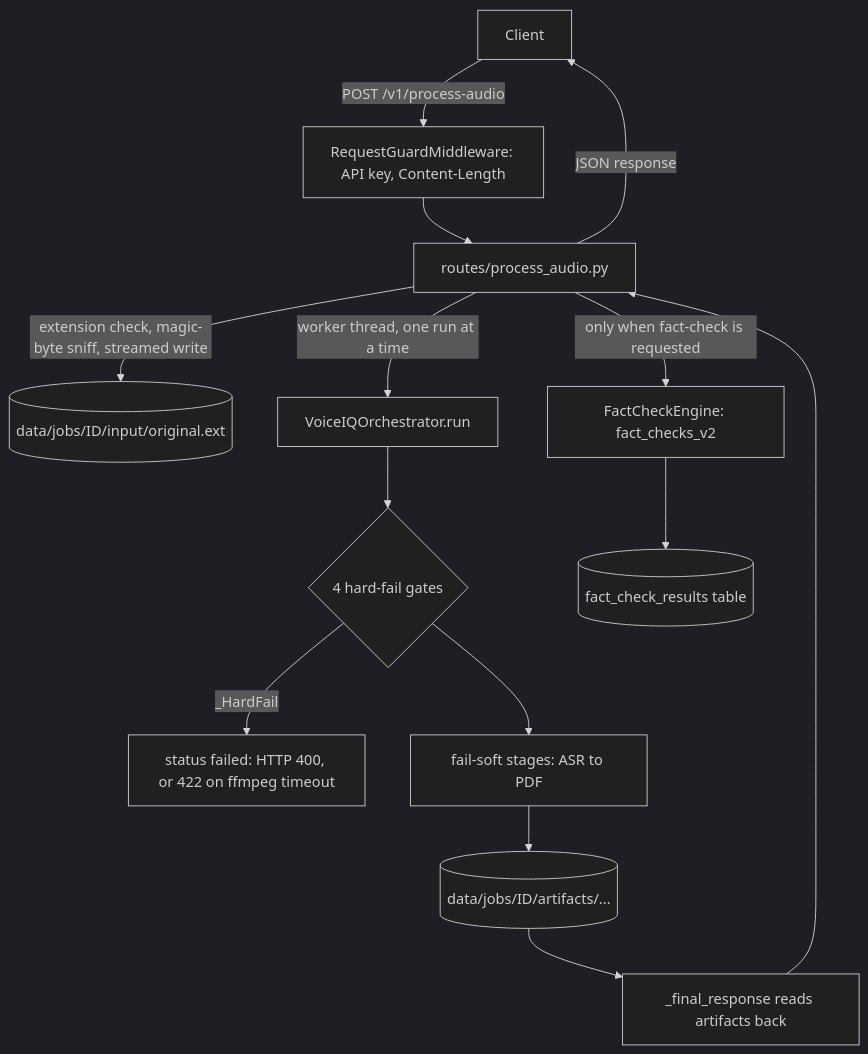
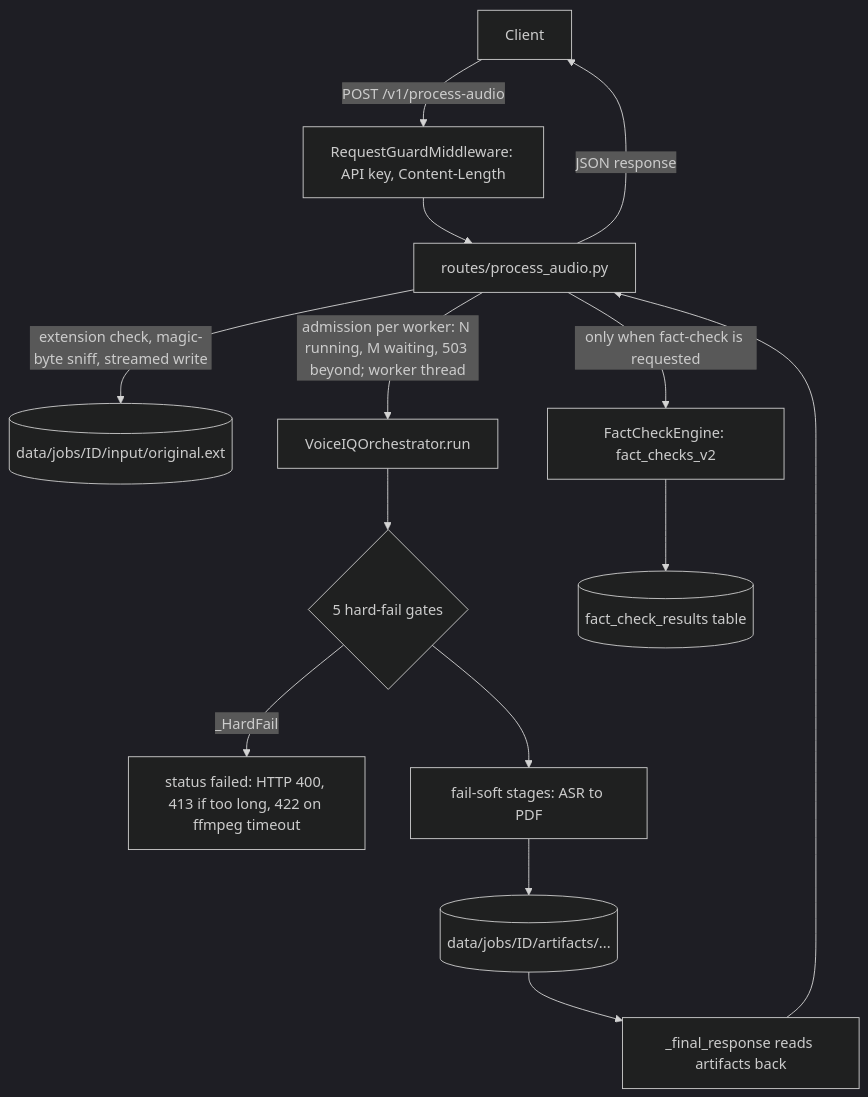
The diagram in DOCS/ARCHITECTURE.md (HAMZAJAWED12/Voice-iq), drawn with Mermaid (dark theme) before and after one commit. The commit also changed other lines of this file and 13 other files, not shown here.

````diff
--- a/DOCS/ARCHITECTURE.md
+++ b/DOCS/ARCHITECTURE.md
@@ -135,16 +137,16 @@
 ```mermaid
 flowchart TD
     C["Client"] -->|"POST /v1/process-audio"| M["RequestGuardMiddleware: API key, Content-Length"]
     M --> R["routes/process_audio.py"]
     R -->|"extension check, magic-byte sniff, streamed write"| IN[("data/jobs/ID/input/original.ext")]
-    R -->|"worker thread, one run at a time"| O["VoiceIQOrchestrator.run"]
-    O --> G{"4 hard-fail gates"}
-    G -->|"_HardFail"| F["status failed: HTTP 400, or 422 on ffmpeg timeout"]
+    R -->|"admission per worker: N running, M waiting, 503 beyond; worker thread"| O["VoiceIQOrchestrator.run"]
+    O --> G{"5 hard-fail gates"}
+    G -->|"_HardFail"| F["status failed: HTTP 400, 413 if too long, 422 on ffmpeg timeout"]
     G --> S["fail-soft stages: ASR to PDF"]
     S --> A[("data/jobs/ID/artifacts/...")]
     A --> FR["_final_response reads artifacts back"]
     FR --> R
     R -->|"only when fact-check is requested"| FC["FactCheckEngine: fact_checks_v2"]
     FC --> DB[("fact_check_results table")]
     R -->|"JSON response"| C
 ```
````
